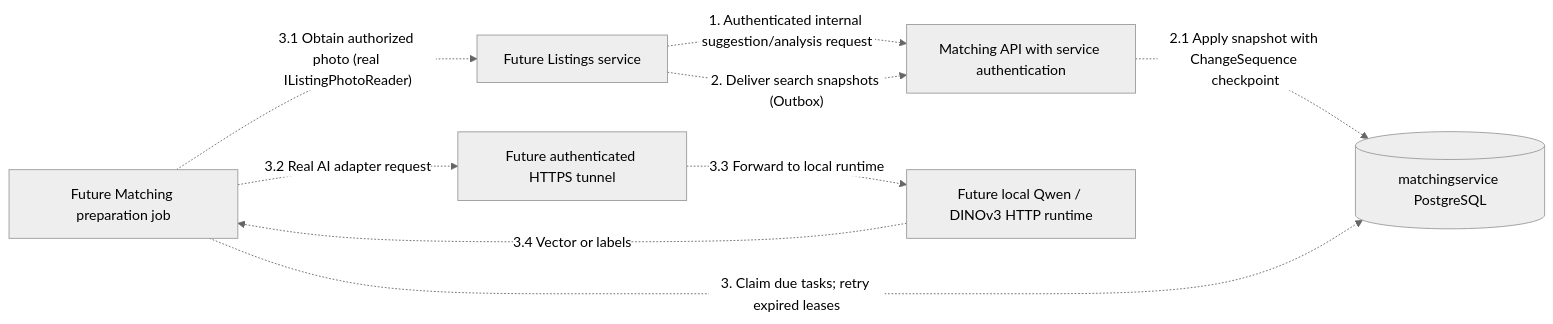
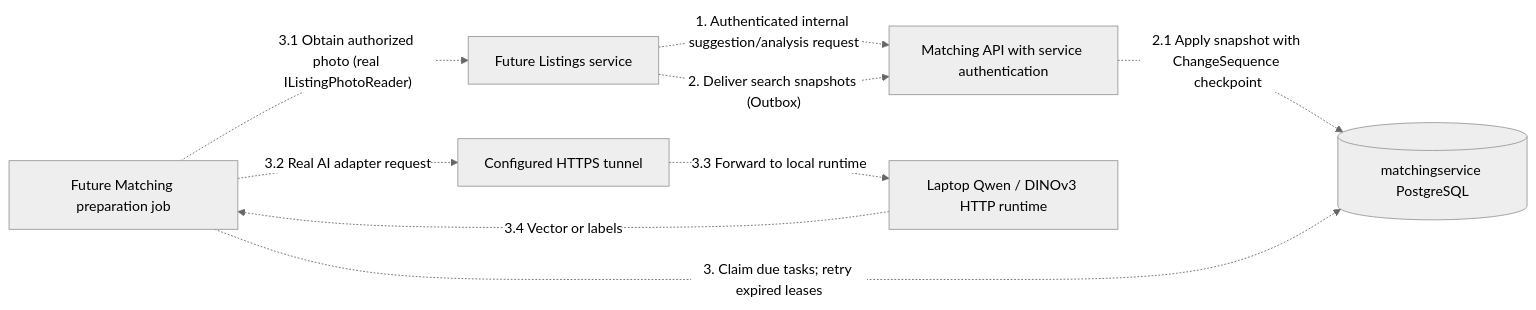
One commit to bogdan-spilevoi/ASET-master-year-1 changed the third of 3 diagrams in src/Services/Matching/COMMUNICATION.md. Above: the diagram before and after it, drawn with Mermaid (neutral theme). The commit also changed other lines of this file and 26 other files, not shown here.

````diff
--- a/src/Services/Matching/COMMUNICATION.md
+++ b/src/Services/Matching/COMMUNICATION.md
@@ -158,18 +160,18 @@
 ```mermaid
 flowchart LR
     Listings["Future Listings service"]
     Matching["Matching API with service authentication"]
     Worker["Future Matching preparation job"]
     DB[("matchingservice PostgreSQL")]
-    Tunnel["Future authenticated HTTPS tunnel"]
-    AI["Future local Qwen / DINOv3 HTTP runtime"]
+    Tunnel["Configured HTTPS tunnel"]
+    AI["Laptop Qwen / DINOv3 HTTP runtime"]
 
     Listings -.->|"1. Authenticated internal suggestion/analysis request"| Matching
     Listings -.->|"2. Deliver search snapshots (Outbox)"| Matching
     Matching -.->|"2.1 Apply snapshot with ChangeSequence checkpoint"| DB
     Worker -.->|"3. Claim due tasks; retry expired leases"| DB
     Worker -.->|"3.1 Obtain authorized photo (real IListingPhotoReader)"| Listings
     Worker -.->|"3.2 Real AI adapter request"| Tunnel
     Tunnel -.->|"3.3 Forward to local runtime"| AI
     AI -.->|"3.4 Vector or labels"| Worker
 ```
````
